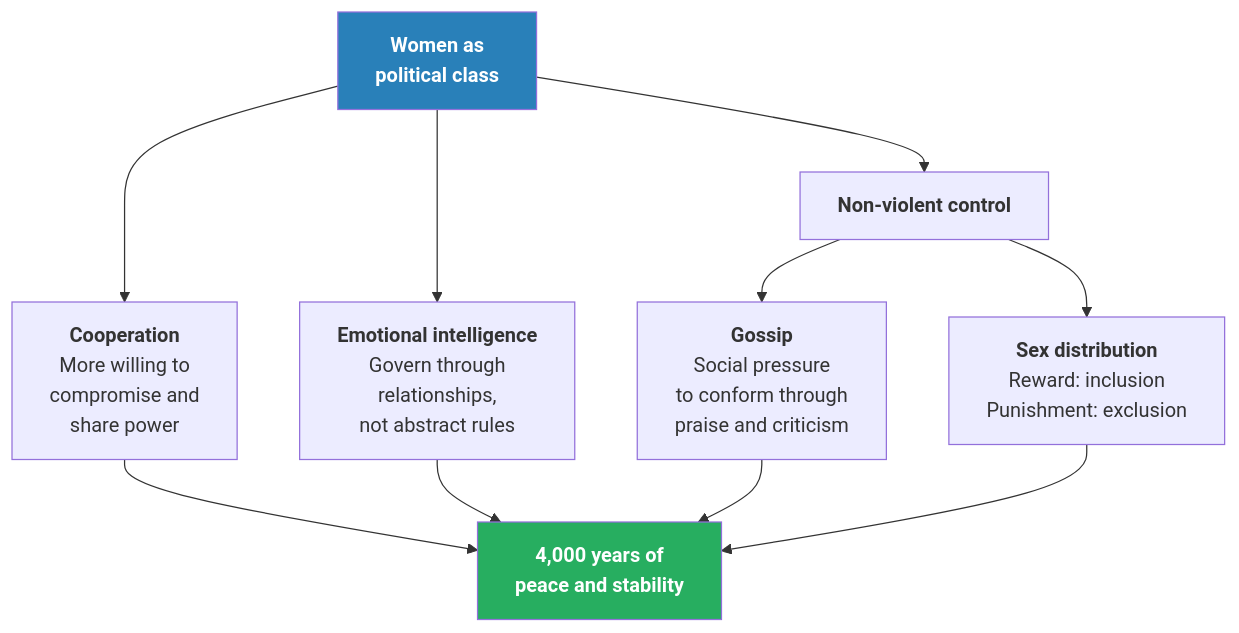
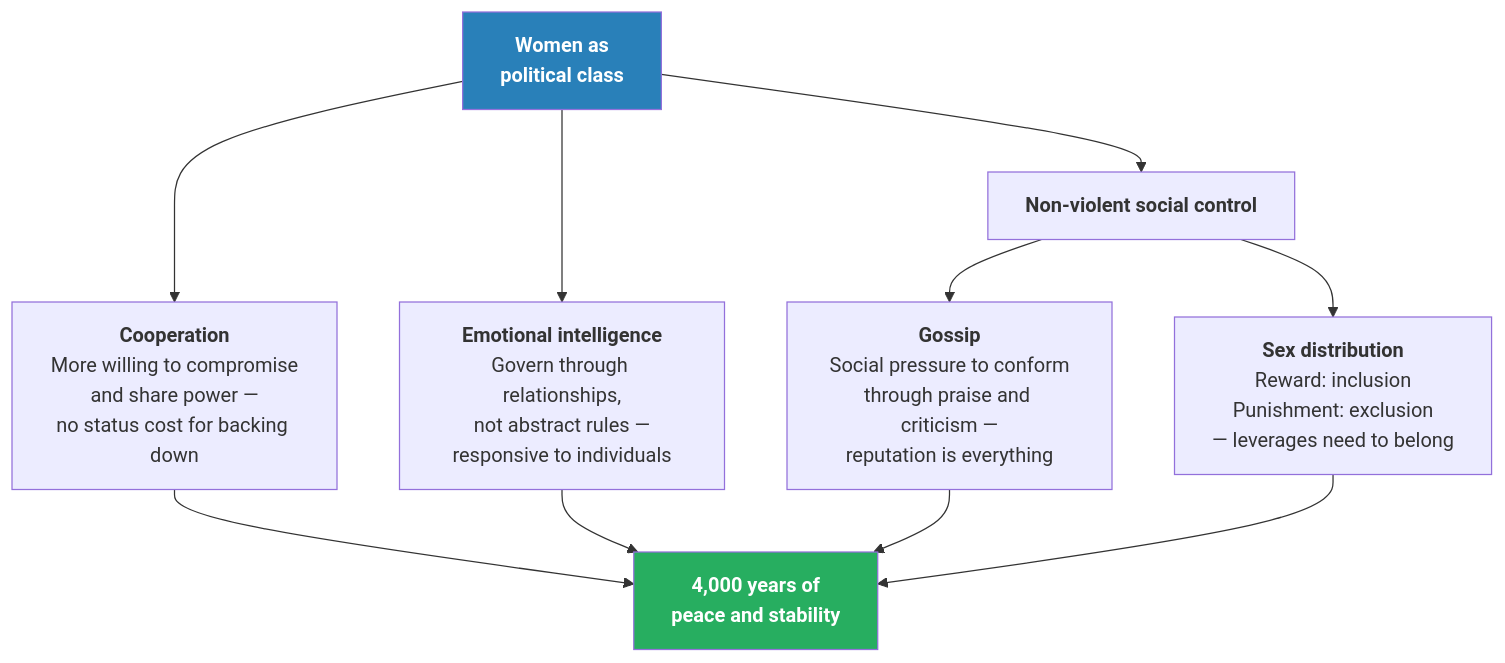
One commit to alius33/reader changed the eighth of 8 diagrams in summaries/Lectures/Civilization/04 - The Paradise Lost of Marija Gimbutas.md. Above: the diagram before and after it, drawn with Mermaid. The commit also changed other lines of this file and 26 other files, not shown here.

````diff
--- a/summaries/Lectures/Civilization/04 - The Paradise Lost of Marija Gimbutas.md
+++ b/summaries/Lectures/Civilization/04 - The Paradise Lost of Marija Gimbutas.md
@@ -590,14 +400,14 @@
 ```mermaid
 flowchart TB
-    W["<b>Women as</b><br/><b>political class</b>"] --> M1["<b>Cooperation</b><br/>More willing to<br/>compromise and<br/>share power"]
-    W --> M2["<b>Emotional intelligence</b><br/>Govern through<br/>relationships,<br/>not abstract rules"]
-    W --> M3["<b>Non-violent control</b>"]
-    M3 --> G["<b>Gossip</b><br/>Social pressure<br/>to conform through<br/>praise and criticism"]
-    M3 --> S["<b>Sex distribution</b><br/>Reward: inclusion<br/>Punishment: exclusion"]
+    W["<b>Women as</b><br/><b>political class</b>"] --> M1["<b>Cooperation</b><br/>More willing to compromise<br/>and share power —<br/>no status cost for backing down"]
+    W --> M2["<b>Emotional intelligence</b><br/>Govern through relationships,<br/>not abstract rules —<br/>responsive to individuals"]
+    W --> M3["<b>Non-violent social control</b>"]
+    M3 --> G["<b>Gossip</b><br/>Social pressure to conform<br/>through praise and criticism —<br/>reputation is everything"]
+    M3 --> S["<b>Sex distribution</b><br/>Reward: inclusion<br/>Punishment: exclusion<br/>— leverages need to belong"]
     M1 --> RESULT["<b>4,000 years of</b><br/><b>peace and stability</b>"]
     M2 --> RESULT
     G --> RESULT
     S --> RESULT
     style W fill:#2980b9,color:#fff
     style RESULT fill:#27ae60,color:#fff
 ```
````
